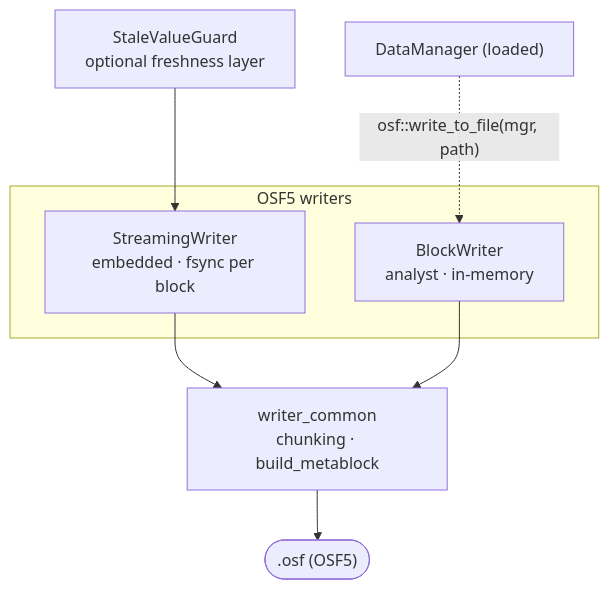
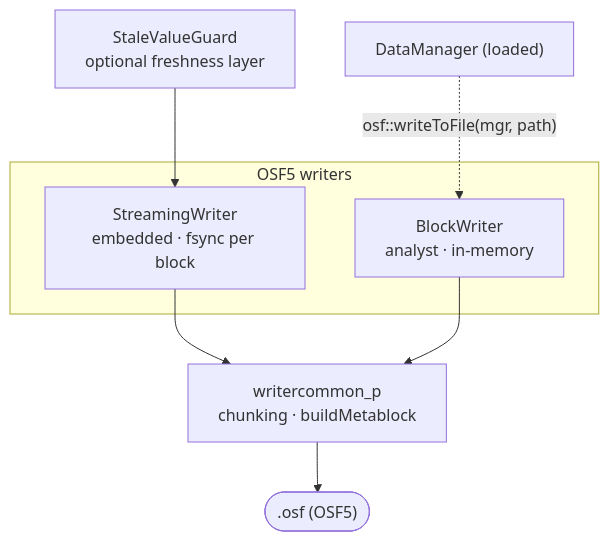
One commit to optimeas/osf changed the second of 3 diagrams in docs/de/implementations/cpp.md. Above: the diagram before and after it, drawn with Mermaid. The commit also changed other lines of this file and 12 other files, not shown here.

````diff
--- a/docs/de/implementations/cpp.md
+++ b/docs/de/implementations/cpp.md
@@ -101,12 +101,12 @@
 ```mermaid
 flowchart TB
     SVG["StaleValueGuard<br/>optional freshness layer"] --> SW
     subgraph W ["OSF5 writers"]
         SW["StreamingWriter<br/>embedded · fsync per block"]
         BW["BlockWriter<br/>analyst · in-memory"]
     end
-    SW --> WC["writer_common<br/>chunking · build_metablock"]
+    SW --> WC["writercommon_p<br/>chunking · buildMetablock"]
     BW --> WC
-    DM["DataManager (loaded)"] -. "osf::write_to_file(mgr, path)" .-> BW
+    DM["DataManager (loaded)"] -. "osf::writeToFile(mgr, path)" .-> BW
     WC --> OUT([".osf (OSF5)"])
 ```
````
